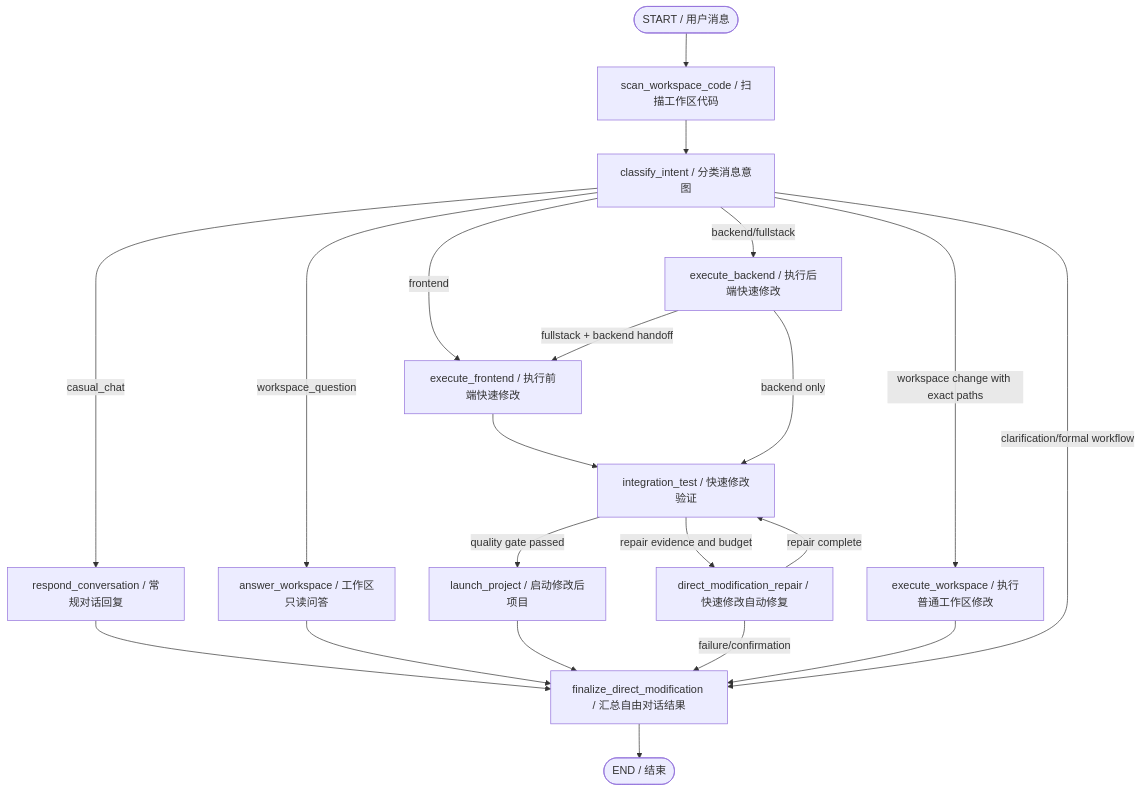
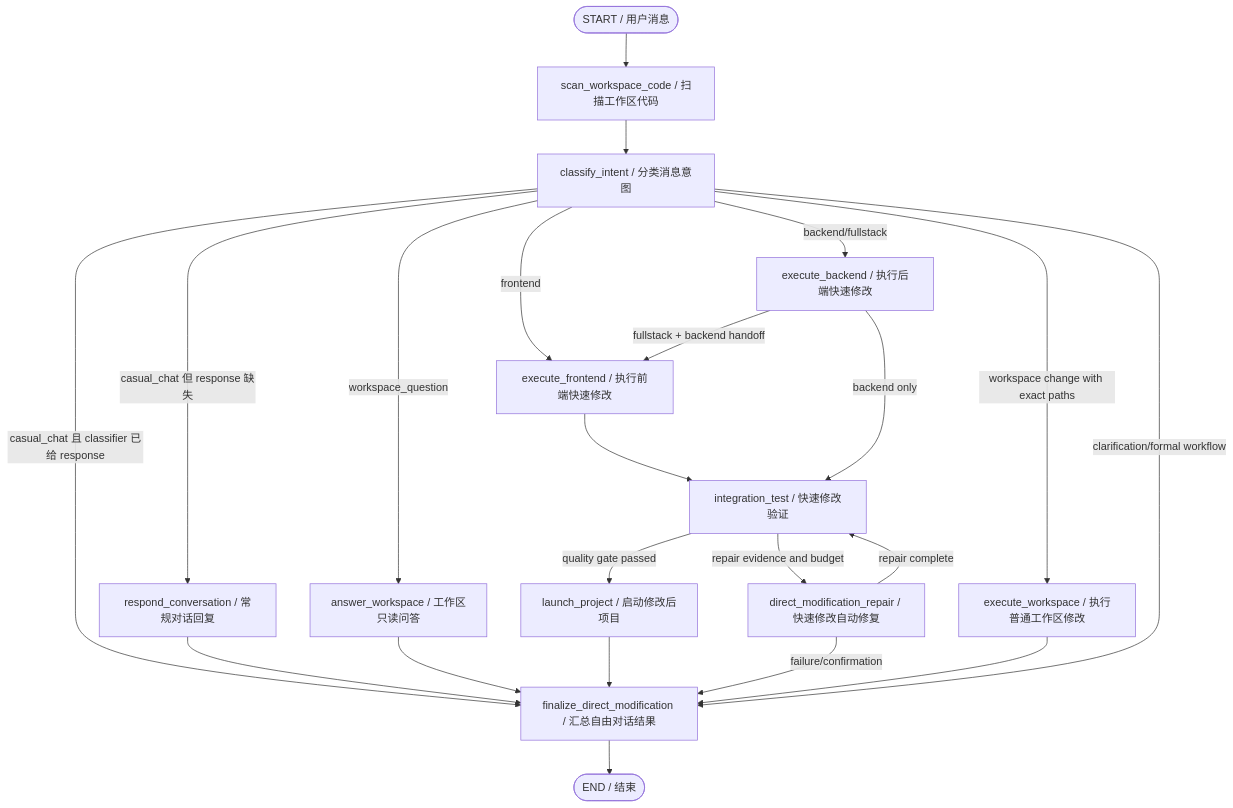
One commit to YYYWYF/XCodeAgent changed the ninth of 11 diagrams in docs/XCODEAGENT_COMPLETE_WORKFLOW.md. Above: the diagram before and after it, drawn with Mermaid. The commit also changed other lines of this file and 7 other files, not shown here.

````diff
--- a/docs/XCODEAGENT_COMPLETE_WORKFLOW.md
+++ b/docs/XCODEAGENT_COMPLETE_WORKFLOW.md
@@ -644,37 +676,38 @@
 ```mermaid
 flowchart TD
     S(["START / 用户消息"])
     C["classify_intent / 分类消息意图"]
     CHAT["respond_conversation / 常规对话回复"]
     QA["answer_workspace / 工作区只读问答"]
     SCAN["scan_workspace_code / 扫描工作区代码"]
     BE["execute_backend / 执行后端快速修改"]
     FE["execute_frontend / 执行前端快速修改"]
     WS["execute_workspace / 执行普通工作区修改"]
     TEST["integration_test / 快速修改验证"]
     REPAIR["direct_modification_repair / 快速修改自动修复"]
     LAUNCH["launch_project / 启动修改后项目"]
     FINAL["finalize_direct_modification / 汇总自由对话结果"]
     E(["END / 结束"])
 
     S --> SCAN
     SCAN --> C
-    C -->|"casual_chat"| CHAT
+    C -->|"casual_chat 且 classifier 已给 response"| FINAL
+    C -->|"casual_chat 但 response 缺失"| CHAT
     C -->|"workspace_question"| QA
     C -->|"frontend"| FE
     C -->|"backend/fullstack"| BE
     C -->|"workspace change with exact paths"| WS
     C -->|"clarification/formal workflow"| FINAL
     BE -->|"fullstack + backend handoff"| FE
     BE -->|"backend only"| TEST
     FE --> TEST
     TEST -->|"quality gate passed"| LAUNCH
     TEST -->|"repair evidence and budget"| REPAIR
     REPAIR -->|"repair complete"| TEST
     REPAIR -->|"failure/confirmation"| FINAL
     CHAT --> FINAL
     QA --> FINAL
     WS --> FINAL
     LAUNCH --> FINAL
     FINAL --> E
 ```
````
